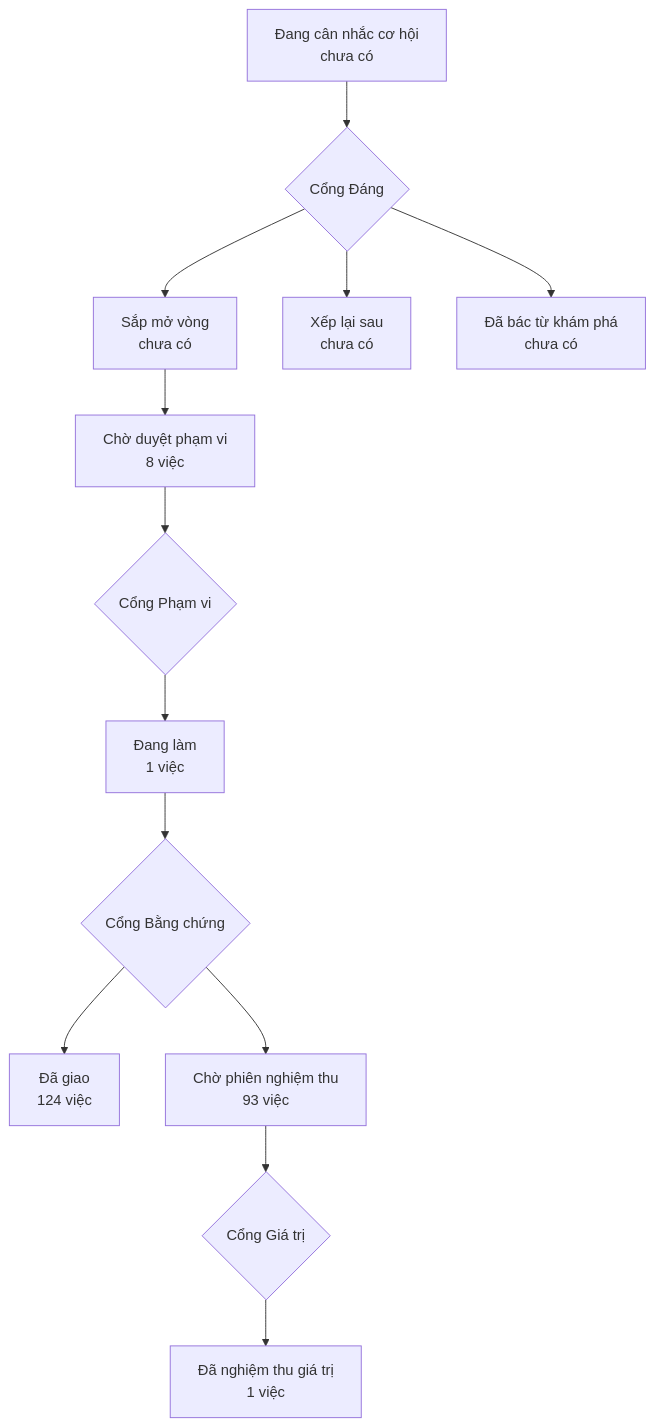
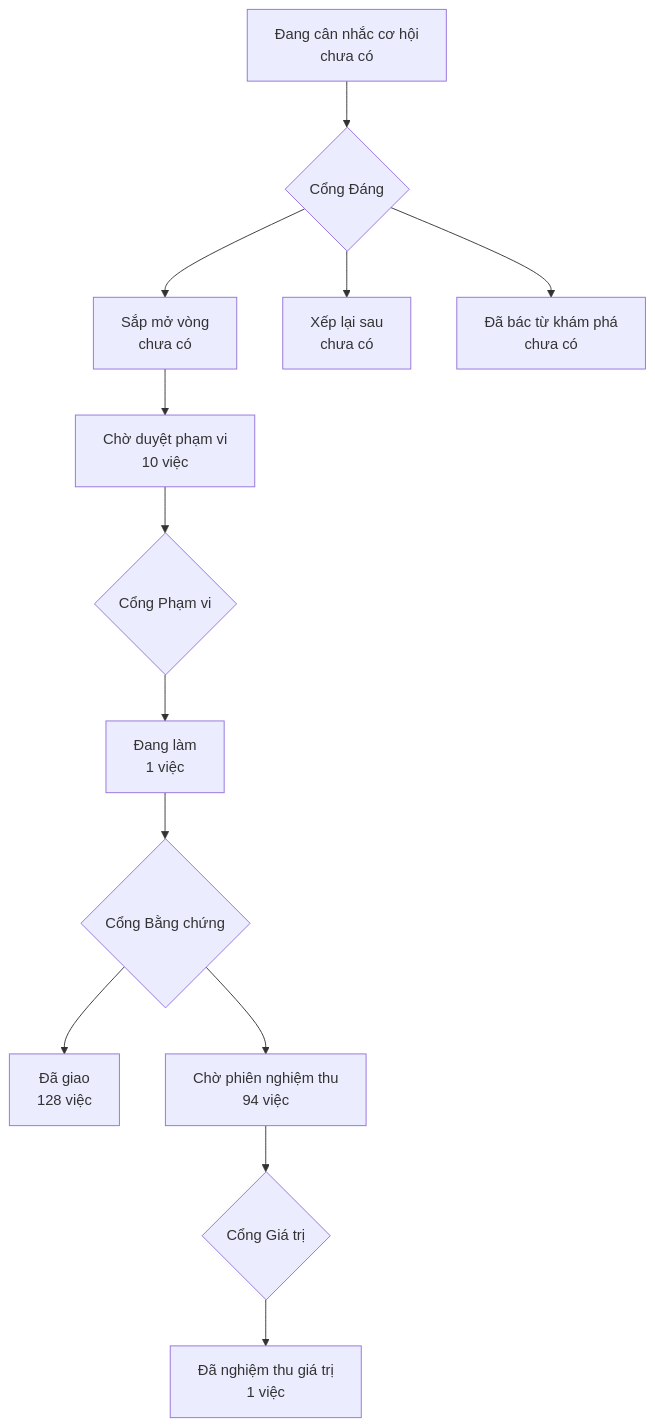
One commit to phanlemanh/onehub-invest changed the diagram in PRODUCT-MAP.md. Above: the diagram before and after it, drawn with Mermaid. The commit also changed other lines of this file and 7 other files, not shown here.

First line of the commit message:
docs(can-gia-tot-biet-can): sửa AC-9, AC-10 cho ca link ảnh hết hạn, duyệt lại Cổng Phạm vi

````diff
--- a/PRODUCT-MAP.md
+++ b/PRODUCT-MAP.md
@@ -7,12 +7,12 @@
 ```mermaid
 flowchart TD
   A["Đang cân nhắc cơ hội<br/>chưa có"] --> GD{"Cổng Đáng"}
   GD --> B["Sắp mở vòng<br/>chưa có"]
   GD --> XL["Xếp lại sau<br/>chưa có"]
   GD --> DB["Đã bác từ khám phá<br/>chưa có"]
-  B --> CD["Chờ duyệt phạm vi<br/>8 việc"] --> GP{"Cổng Phạm vi"}
+  B --> CD["Chờ duyệt phạm vi<br/>10 việc"] --> GP{"Cổng Phạm vi"}
   GP --> DL["Đang làm<br/>1 việc"] --> GB{"Cổng Bằng chứng"}
-  GB --> DG["Đã giao<br/>124 việc"]
-  GB --> CN["Chờ phiên nghiệm thu<br/>93 việc"] --> GG{"Cổng Giá trị"}
+  GB --> DG["Đã giao<br/>128 việc"]
+  GB --> CN["Chờ phiên nghiệm thu<br/>94 việc"] --> GG{"Cổng Giá trị"}
   GG --> NT["Đã nghiệm thu giá trị<br/>1 việc"]
 ```
````
